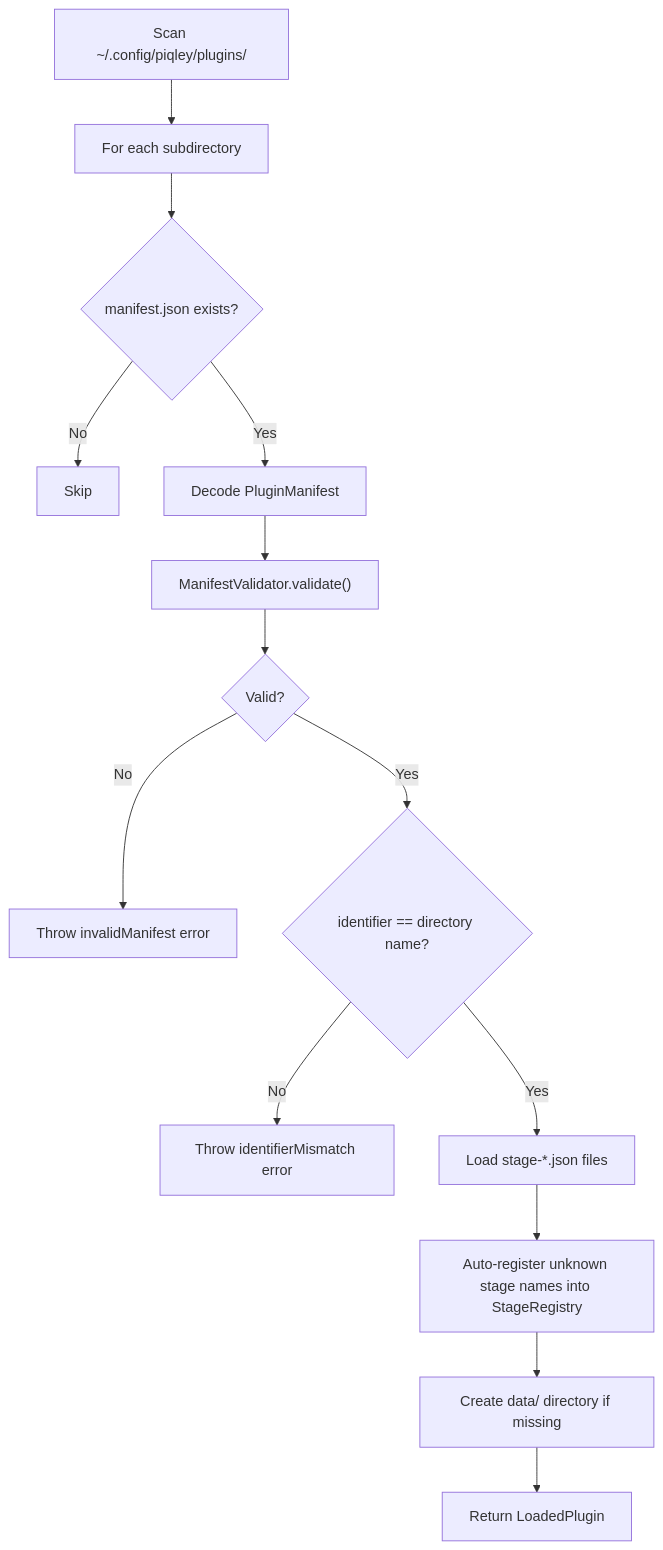
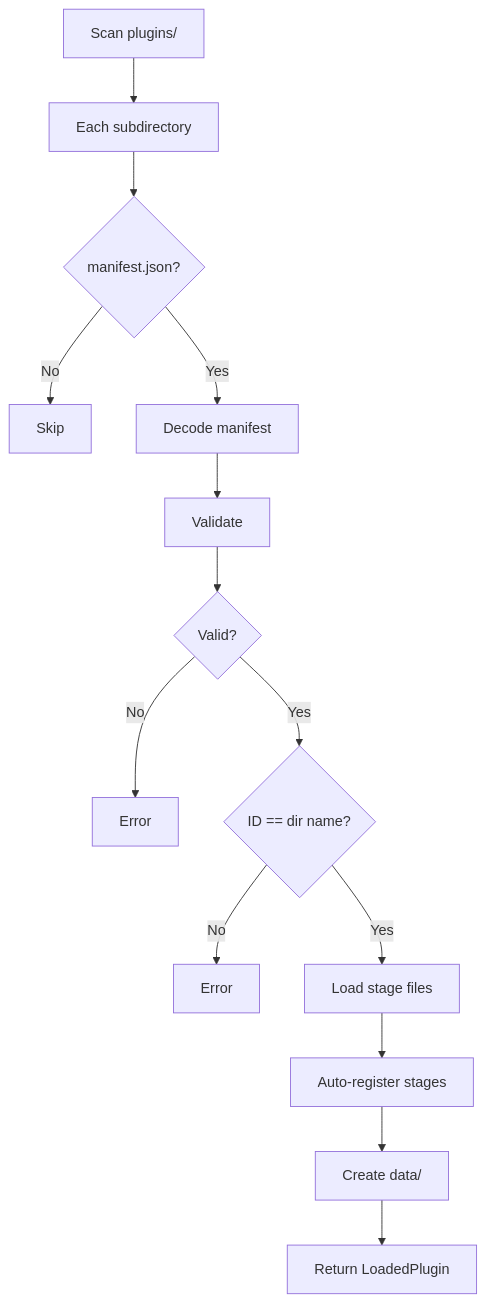
Before and after one commit to josephquigley/piqley-cli: the second of 3 diagrams in docs/architecture/plugin-system.md, drawn with Mermaid. The commit also changed other lines of this file and 4 other files, not shown here.

First line of the commit message:
fix: shorten mermaid diagram labels to prevent clipping

````diff
--- a/docs/architecture/plugin-system.md
+++ b/docs/architecture/plugin-system.md
@@ -29,16 +29,16 @@
 ```mermaid
 flowchart TD
-    A["Scan ~/.config/piqley/plugins/"] --> B["For each subdirectory"]
-    B --> C{"manifest.json exists?"}
+    A["Scan plugins/"] --> B["Each subdirectory"]
+    B --> C{"manifest.json?"}
     C -- No --> D["Skip"]
-    C -- Yes --> E["Decode PluginManifest"]
-    E --> F["ManifestValidator.validate()"]
+    C -- Yes --> E["Decode manifest"]
+    E --> F["Validate"]
     F --> G{"Valid?"}
-    G -- No --> H["Throw invalidManifest error"]
-    G -- Yes --> I{"identifier == directory name?"}
-    I -- No --> J["Throw identifierMismatch error"]
-    I -- Yes --> K["Load stage-*.json files"]
-    K --> L["Auto-register unknown stage names into StageRegistry"]
-    L --> M["Create data/ directory if missing"]
+    G -- No --> H["Error"]
+    G -- Yes --> I{"ID == dir name?"}
+    I -- No --> J["Error"]
+    I -- Yes --> K["Load stage files"]
+    K --> L["Auto-register stages"]
+    L --> M["Create data/"]
     M --> N["Return LoadedPlugin"]
 ```
````
